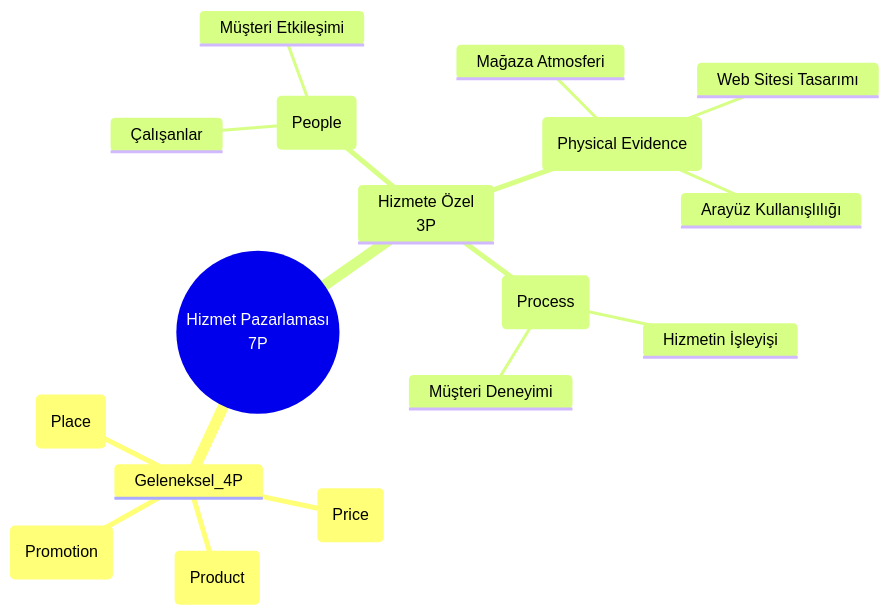
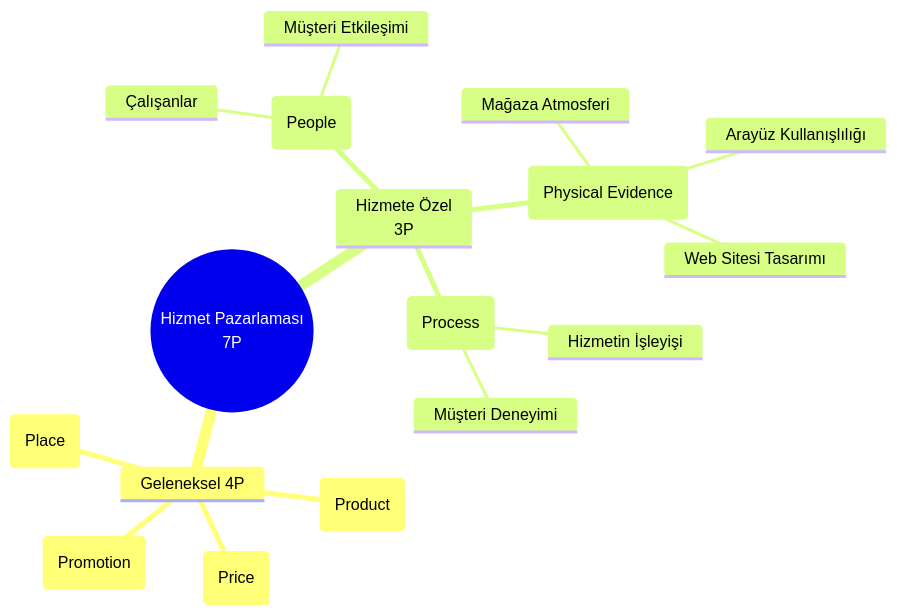
The first of 2 diagrams in content/1-ders-notlari/2-sinif/2-2-bahar/dijital-pazarlama/teorik-notlar/dijital-pazarlama-6.md (meto-data/noetic-logos), drawn with Mermaid before and after one commit. The commit also changed other lines of this file and 5 other files, not shown here.

````diff
--- a/content/1-ders-notlari/2-sinif/2-2-bahar/dijital-pazarlama/teorik-notlar/dijital-pazarlama-6.md
+++ b/content/1-ders-notlari/2-sinif/2-2-bahar/dijital-pazarlama/teorik-notlar/dijital-pazarlama-6.md
@@ -65,20 +58,20 @@
 ```mermaid
 mindmap
   root((Hizmet Pazarlaması<br/>7P))
-    Geleneksel_4P
+    Geleneksel 4P
       Ürün (Product)
       Fiyat (Price)
       Dağıtım (Place)
       Tutundurma (Promotion)
     Hizmete Özel <br> 3P
       İnsan (People)
         Çalışanlar
         Müşteri Etkileşimi
       Fiziksel Kanıt (Physical Evidence)
         Mağaza Atmosferi
         Web Sitesi Tasarımı
         Arayüz Kullanışlılığı
       Süreç (Process)
         Hizmetin İşleyişi
         Müşteri Deneyimi
 ```
````
